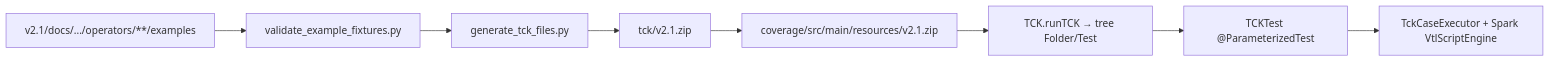
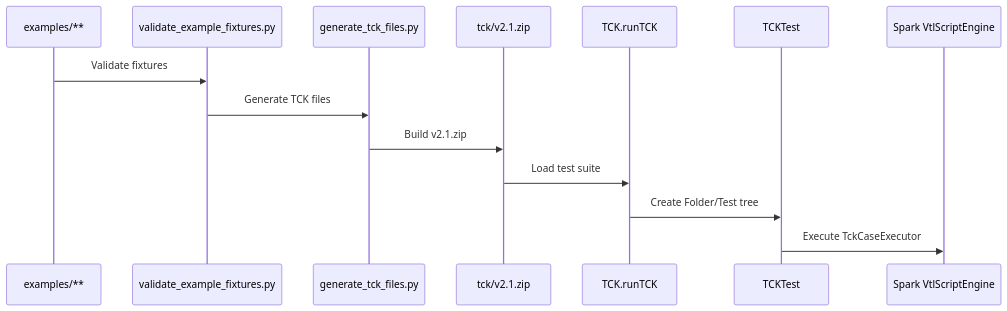
One commit to Making-Sense-Info/Presentations changed the first of 2 diagrams in 20260528-vtl-malakoff/slides.md. Above: the diagram before and after it, drawn with Mermaid.

Commit message:
Update VTL TF slides

````diff
--- a/20260528-vtl-malakoff/slides.md
+++ b/20260528-vtl-malakoff/slides.md
@@ -65,10 +65,19 @@
 ```mermaid
-flowchart LR
-  A["v2.1/docs/.../operators/**/examples"] --> B["validate_example_fixtures.py"]
-  B --> C["generate_tck_files.py"]
-  C --> D["tck/v2.1.zip"]
-  D --> E["coverage/src/main/resources/v2.1.zip"]
-  E --> F["TCK.runTCK → tree Folder/Test"]
-  F --> G["TCKTest @ParameterizedTest"]
-  G --> H["TckCaseExecutor + Spark VtlScriptEngine"]
+sequenceDiagram
+
+    participant EX as examples/**
+    participant VF as validate_example_fixtures.py
+    participant GT as generate_tck_files.py
+    participant ZIP as tck/v2.1.zip
+    participant TCK as TCK.runTCK
+    participant TEST as TCKTest
+    participant ENG as Spark VtlScriptEngine
+
+    EX->>VF: Validate fixtures
+    VF->>GT: Generate TCK files
+    GT->>ZIP: Build v2.1.zip
+
+    ZIP->>TCK: Load test suite
+    TCK->>TEST: Create Folder/Test tree
+    TEST->>ENG: Execute TckCaseExecutor
 ```
````
